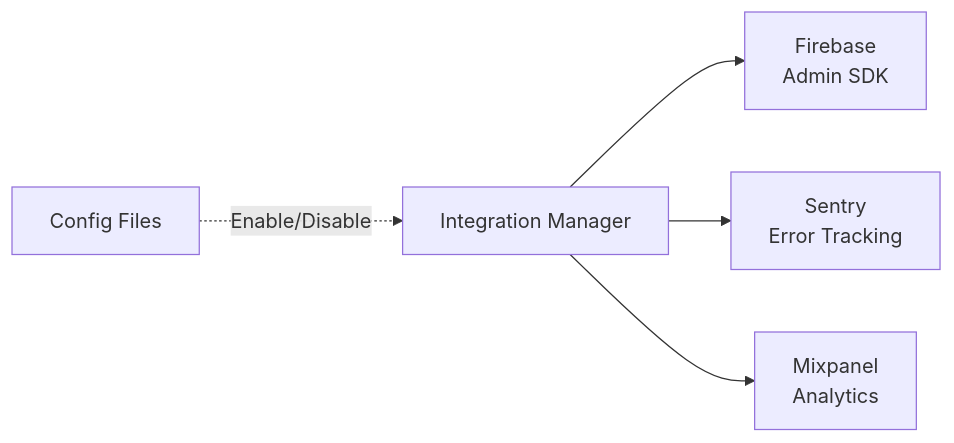
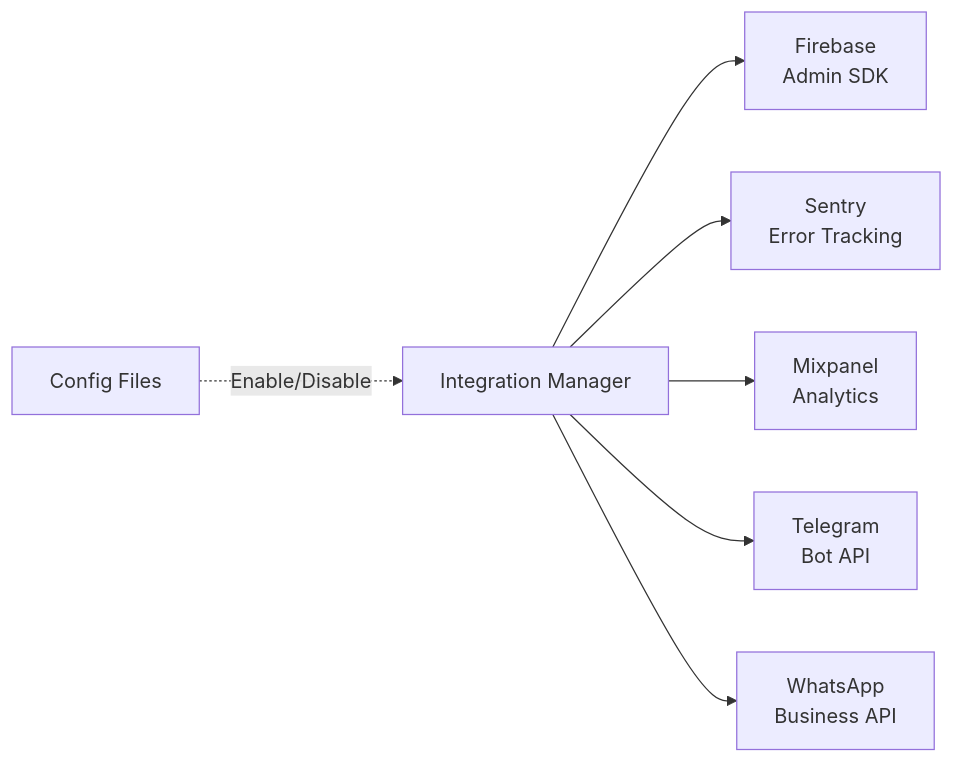
The ninth of 15 diagrams in README.md (gurkanfikretgunak/masterfabric_serverpod), drawn with Mermaid before and after one commit. The commit also changed other lines of this file and 35 other files, not shown here.

````diff
--- a/README.md
+++ b/README.md
@@ -790,8 +796,10 @@
 ```mermaid
 graph LR
     IntMgr[Integration Manager] --> Firebase[Firebase<br/>Admin SDK]
     IntMgr --> Sentry[Sentry<br/>Error Tracking]
     IntMgr --> Mixpanel[Mixpanel<br/>Analytics]
+    IntMgr --> Telegram[Telegram<br/>Bot API]
+    IntMgr --> WhatsApp[WhatsApp<br/>Business API]
     
     Config[Config Files] -.->|Enable/Disable| IntMgr
 ```
````
